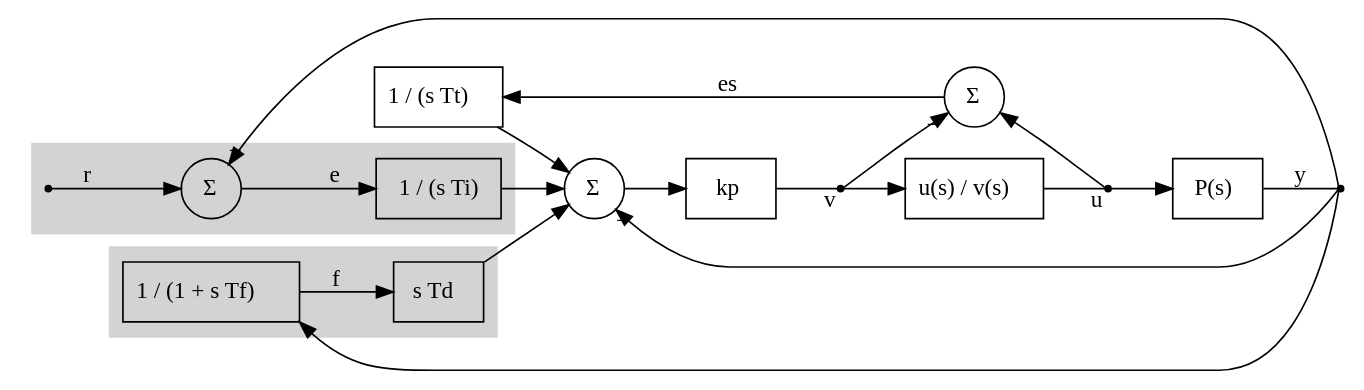
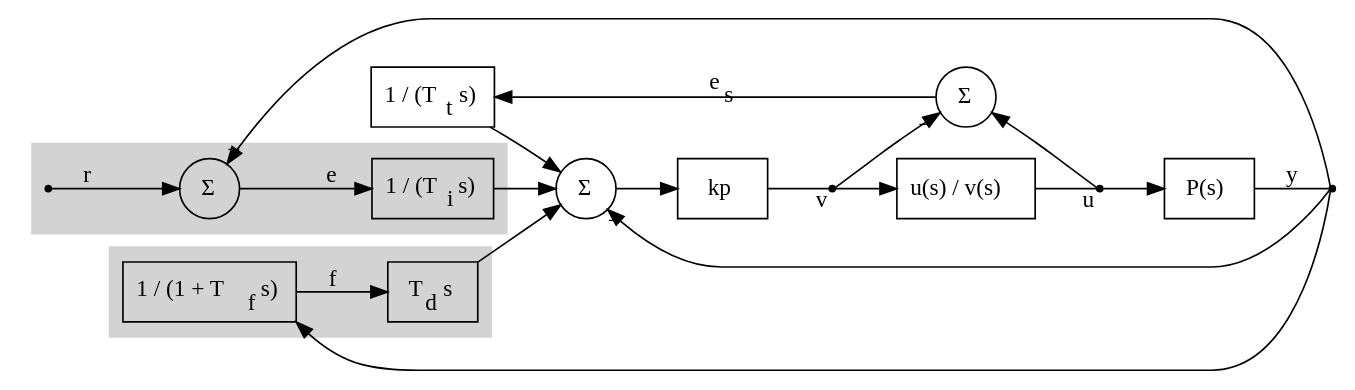
The diagram in writeups/helm.dot (RhysU/suzerain), drawn with Graphviz before and after one commit.

Commit message:
suzerain: #3012 got it

```diff
--- a/writeups/helm.dot
+++ b/writeups/helm.dot
@@ -1,51 +1,51 @@
 digraph g {
 
     rankdir=LR;
     style=filled;     // DEBUG
     color=lightgrey;  // DEBUG
 
     subgraph cluster_0 {
-        D      [shape=record, label=<s Td>];
-        filter [shape=record, label=<1 / (1 + s Tf)>];
+        D      [shape=record, label=<T<SUB>d</SUB>&thinsp;s>];
+        filter [shape=record, label=<1 / (1 + T<SUB>f</SUB>&thinsp;s)>];
     }
 
     subgraph cluster_1 {
         r     [shape=point];
         sumIt [shape=circle, label=<&#931;>];
-        Ii    [shape=record, label="1 / (s Ti)"];
+        Ii    [shape=record, label=<1 / (T<SUB>i</SUB>&thinsp;s)>];
     }
 
     sum_gain [shape=circle, label=<&#931;>];
     gain     [shape=record, label=<kp>];
     v        [shape=point];
     actuator [shape=record, label=<u(s) / v(s)>];
     u        [shape=point,  label=<u>];
     process  [shape=record, label=<P(s)>];
     y        [shape=point];
-    It       [shape=record, label=<1 / (s Tt)>];
+    It       [shape=record, label=<1 / (T<SUB>t</SUB>&thinsp;s)>];
     sum_es   [shape=circle, label=<&#931;>];
 
     actuator -> u        [arrowhead=none, headlabel=<u>];
     filter   -> D        [label=<f>];
     gain     -> v        [arrowhead=none, headlabel=<v>];
     u        -> process  [];
     v        -> actuator [];
 
     D        -> sum_gain [];
     It       -> sum_gain [];
     Ii       -> sum_gain [];
     sum_gain -> gain     [];
 
     r        -> sumIt    [label=<r>];
     sumIt    -> Ii       [label=<e>];
 
-    It       -> sum_es   [dir=back, label=<es>];
+    It       -> sum_es   [dir=back, label=<e<SUB>s</SUB>>];
     sum_es   -> u        [dir=back];
     v        -> sum_es   [headlabel=<&#8722;>];
 
     process  -> y        [arrowhead=none, label=<y>, weight=2];
     filter   -> y        [dir=back, tailport=se];
     sum_gain -> y        [dir=back, taillabel=<&#8722;>];
     sumIt    -> y        [dir=back, taillabel=<&#8722;>];
 
 }
```
